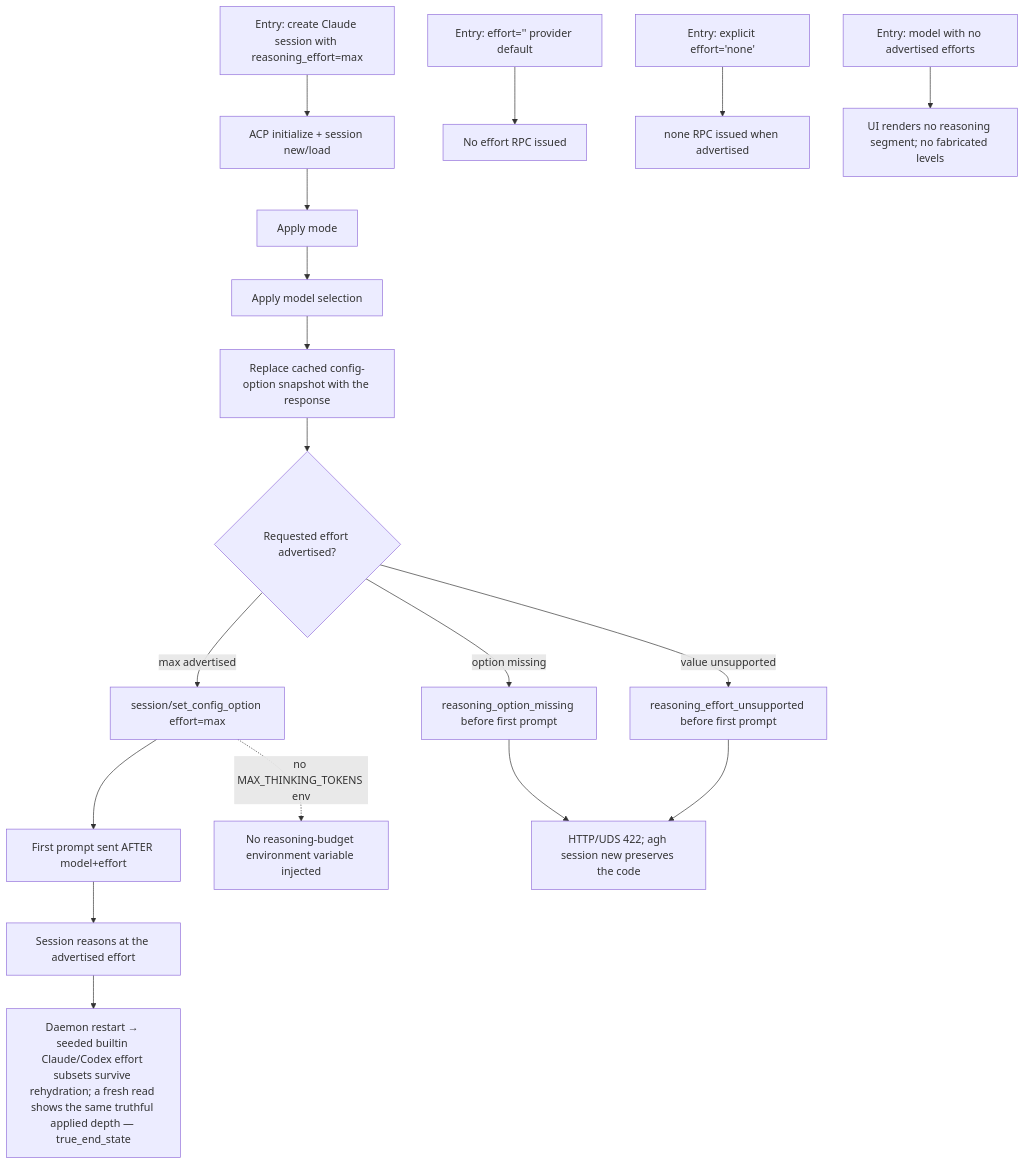
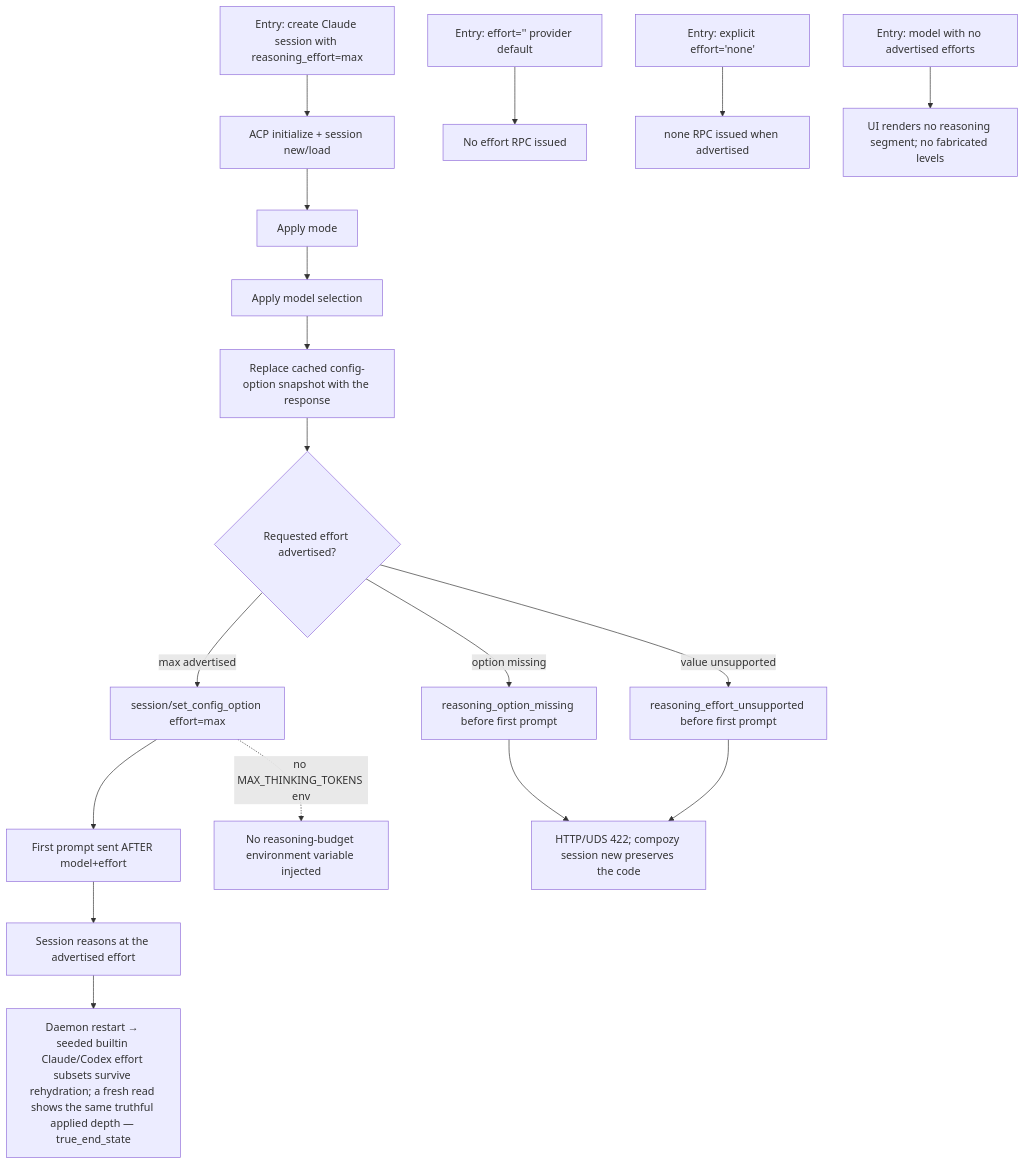
One commit to compozy/compozy changed the diagram in docs/qa/journeys/J-21-claude-reasoning-end-to-end.md. Above: the diagram before and after it, drawn with Mermaid. The commit also changed other lines of this file and 831 other files, not shown here.

````diff
--- a/docs/qa/journeys/J-21-claude-reasoning-end-to-end.md
+++ b/docs/qa/journeys/J-21-claude-reasoning-end-to-end.md
@@ -5,20 +5,20 @@
 ```mermaid
 flowchart TD
     E1[Entry: create Claude session with reasoning_effort=max] --> INIT[ACP initialize + session new/load]
     INIT --> MODE[Apply mode]
     MODE --> MODEL[Apply model selection]
     MODEL --> SNAP[Replace cached config-option snapshot with the response]
     SNAP --> EFFORT{Requested effort advertised?}
     EFFORT -->|max advertised| APPLY[session/set_config_option effort=max]
     EFFORT -->|option missing| RMISS[reasoning_option_missing before first prompt]
     EFFORT -->|value unsupported| RUNSUP[reasoning_effort_unsupported before first prompt]
     APPLY --> PROMPT[First prompt sent AFTER model+effort]
     PROMPT --> RUN[Session reasons at the advertised effort]
     RUN --> RESTART[Daemon restart → seeded builtin Claude/Codex effort subsets survive rehydration; a fresh read shows the same truthful applied depth — true_end_state]
     E2[Entry: effort='' provider default] --> NORPC[No effort RPC issued]
     E3[Entry: explicit effort='none'] --> RPCNONE[none RPC issued when advertised]
     E4[Entry: model with no advertised efforts] --> NOSEG[UI renders no reasoning segment; no fabricated levels]
-    RMISS --> ERR422[HTTP/UDS 422; agh session new preserves the code]
+    RMISS --> ERR422[HTTP/UDS 422; compozy session new preserves the code]
     RUNSUP --> ERR422
     APPLY -.->|no MAX_THINKING_TOKENS env| NOENV[No reasoning-budget environment variable injected]
 ```
````
